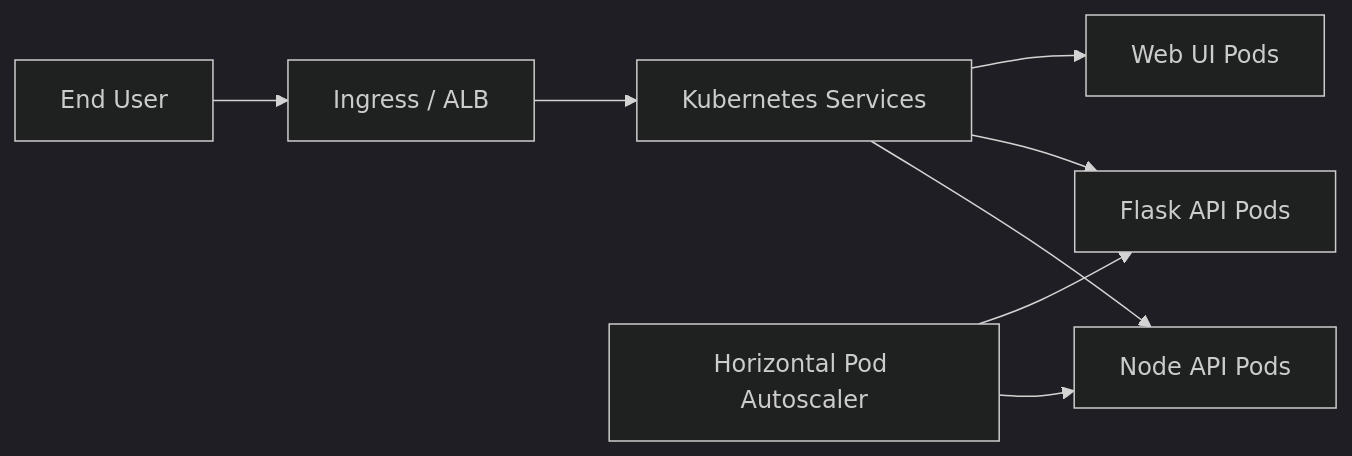
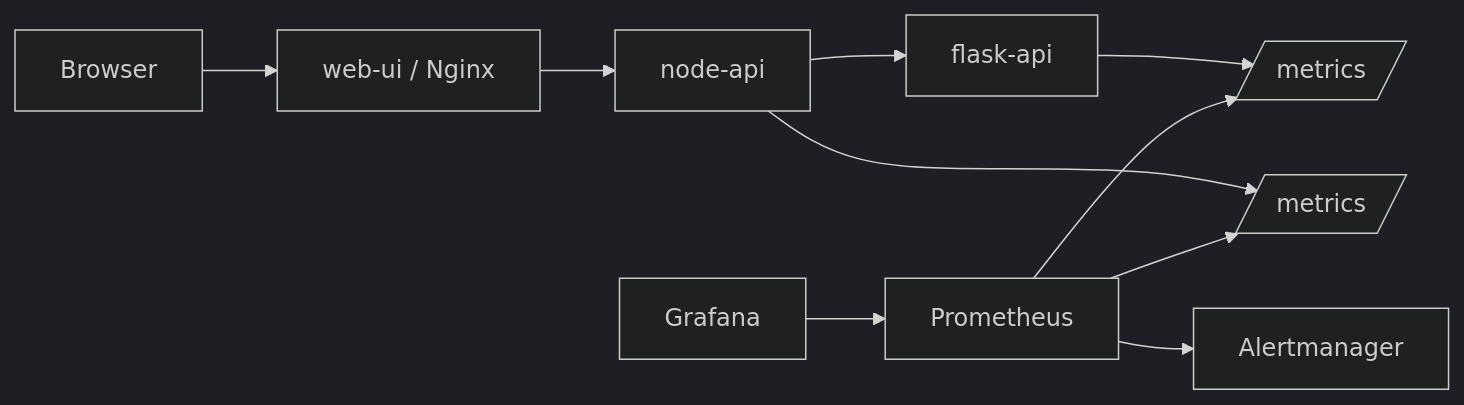
One commit to Here2ServeU/express-reliability-platform-course changed the diagram in express-reliability-platform-v05/README.md. Above: the diagram before and after it, drawn with Mermaid (dark theme). The commit also changed other lines of this file and 174 other files, not shown here.

````diff
--- a/express-reliability-platform-v05/README.md
+++ b/express-reliability-platform-v05/README.md
@@ -70,10 +84,12 @@
 ```mermaid
 flowchart LR
-    User[End User] --> Ingress[Ingress / ALB]
-    Ingress --> Svc[Kubernetes Services]
-    Svc --> PodN[Node API Pods]
-    Svc --> PodF[Flask API Pods]
-    Svc --> PodU[Web UI Pods]
-    HPA[Horizontal Pod Autoscaler] --> PodN
-    HPA --> PodF
+    User[Browser] --> UI[web-ui / Nginx]
+    UI --> Node[node-api]
+    Node --> Flask[flask-api]
+    Node --> MetricsN[/metrics/]
+    Flask --> MetricsF[/metrics/]
+    Prom[Prometheus] --> MetricsN
+    Prom --> MetricsF
+    Graf[Grafana] --> Prom
+    Prom --> AM[Alertmanager]
 ```
````
